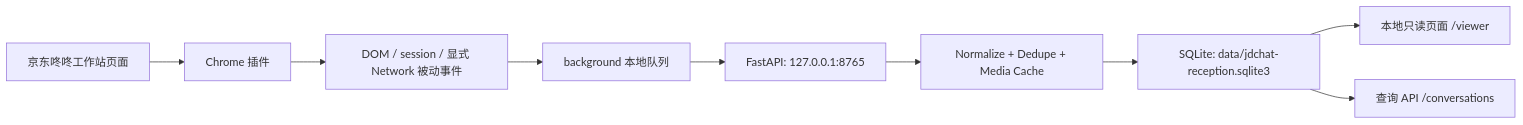
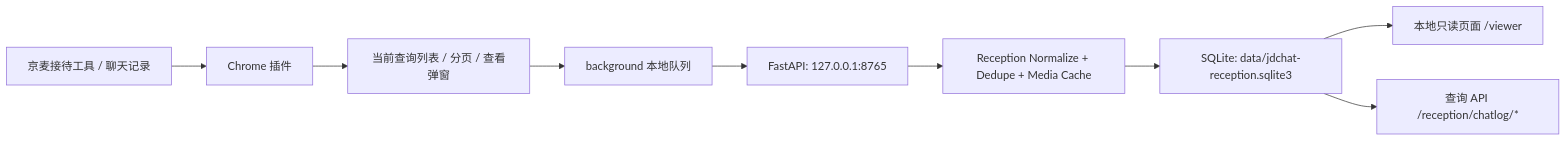
The diagram in README.md (desperado-zhang/jdchat), drawn with Mermaid before and after one commit. The commit also changed other lines of this file, not shown here.

Commit message:
Update README for reception chatlog workflow

````diff
--- a/README.md
+++ b/README.md
@@ -38,11 +53,11 @@
 ```mermaid
 flowchart LR
-  A["京东咚咚工作站页面"] --> B["Chrome 插件"]
-  B --> C["DOM / session / 显式 Network 被动事件"]
+  A["京麦接待工具 / 聊天记录"] --> B["Chrome 插件"]
+  B --> C["当前查询列表 / 分页 / 查看弹窗"]
   C --> D["background 本地队列"]
   D --> E["FastAPI: 127.0.0.1:8765"]
-  E --> F["Normalize + Dedupe + Media Cache"]
+  E --> F["Reception Normalize + Dedupe + Media Cache"]
   F --> G["SQLite: data/jdchat-reception.sqlite3"]
   G --> H["本地只读页面 /viewer"]
-  G --> I["查询 API /conversations"]
+  G --> I["查询 API /reception/chatlog/*"]
 ```
````
